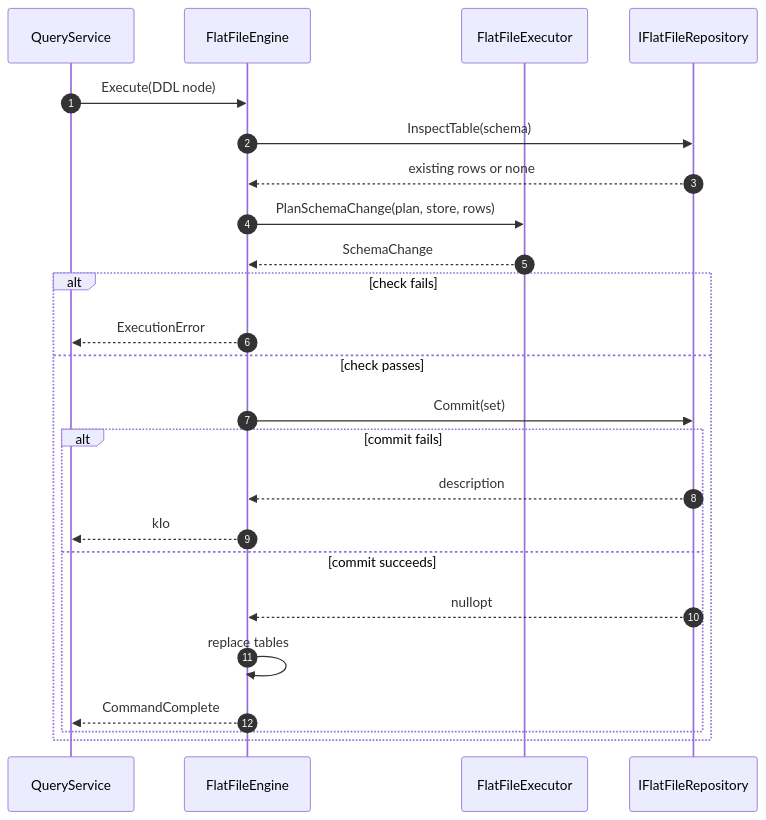
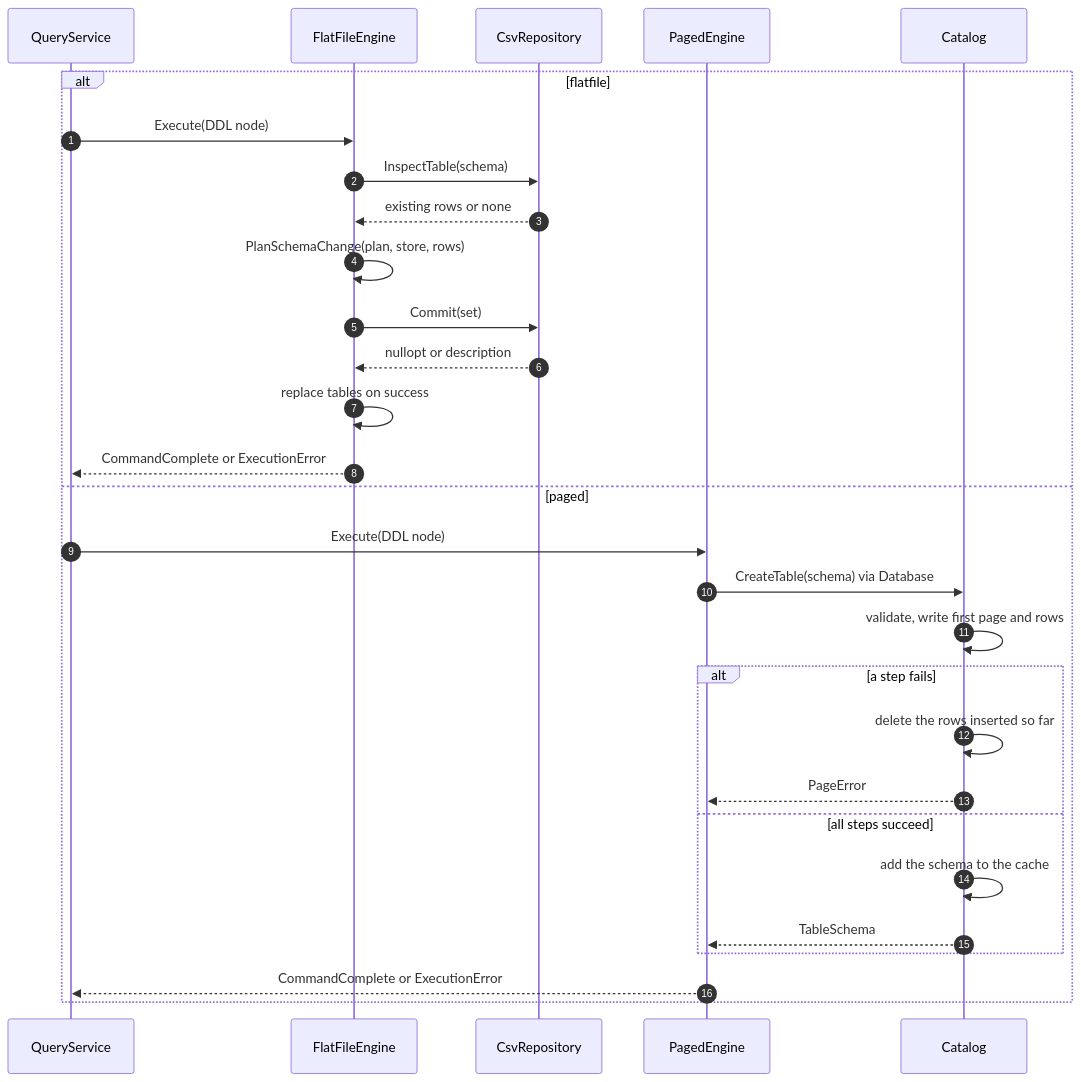
The ninth of 11 diagrams in docs/DesignDocument.md (daniel-gs-93/flatfiledb), drawn with Mermaid before and after one commit. The commit also changed other lines of this file and 76 other files, not shown here.

Commit message:
fix: correct flatfile and paged defects and reorganize the docs

````diff
--- a/docs/DesignDocument.md
+++ b/docs/DesignDocument.md
@@ -604,26 +585,31 @@
 ```mermaid
 sequenceDiagram
     autonumber
     participant QueryService
     participant FlatFileEngine
-    participant FlatFileExecutor
-    participant IFlatFileRepository
-    QueryService->>FlatFileEngine: Execute(DDL node)
-    FlatFileEngine->>IFlatFileRepository: InspectTable(schema)
-    IFlatFileRepository-->>FlatFileEngine: existing rows or none
-    FlatFileEngine->>FlatFileExecutor: PlanSchemaChange(plan, store, rows)
-    FlatFileExecutor-->>FlatFileEngine: SchemaChange
-    alt check fails
-        FlatFileEngine-->>QueryService: ExecutionError
-    else check passes
-        FlatFileEngine->>IFlatFileRepository: Commit(set)
-        alt commit fails
-            IFlatFileRepository-->>FlatFileEngine: description
-            FlatFileEngine-->>QueryService: kIo
-        else commit succeeds
-            IFlatFileRepository-->>FlatFileEngine: nullopt
-            FlatFileEngine->>FlatFileEngine: replace tables
-            FlatFileEngine-->>QueryService: CommandComplete
+    participant CsvRepository
+    participant PagedEngine
+    participant Catalog
+    alt flatfile
+        QueryService->>FlatFileEngine: Execute(DDL node)
+        FlatFileEngine->>CsvRepository: InspectTable(schema)
+        CsvRepository-->>FlatFileEngine: existing rows or none
+        FlatFileEngine->>FlatFileEngine: PlanSchemaChange(plan, store, rows)
+        FlatFileEngine->>CsvRepository: Commit(set)
+        CsvRepository-->>FlatFileEngine: nullopt or description
+        FlatFileEngine->>FlatFileEngine: replace tables on success
+        FlatFileEngine-->>QueryService: CommandComplete or ExecutionError
+    else paged
+        QueryService->>PagedEngine: Execute(DDL node)
+        PagedEngine->>Catalog: CreateTable(schema) via Database
+        Catalog->>Catalog: validate, write first page and rows
+        alt a step fails
+            Catalog->>Catalog: delete the rows inserted so far
+            Catalog-->>PagedEngine: PageError
+        else all steps succeed
+            Catalog->>Catalog: add the schema to the cache
+            Catalog-->>PagedEngine: TableSchema
         end
+        PagedEngine-->>QueryService: CommandComplete or ExecutionError
     end
 ```
````
